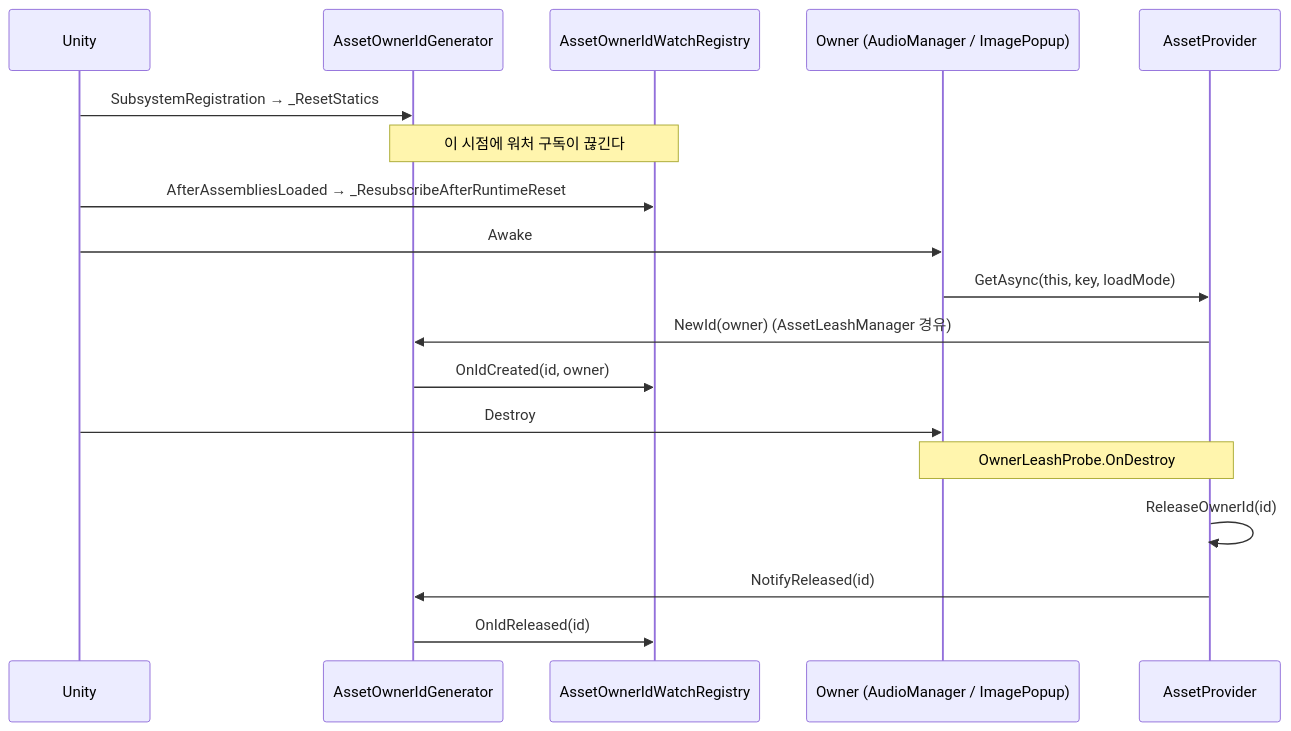
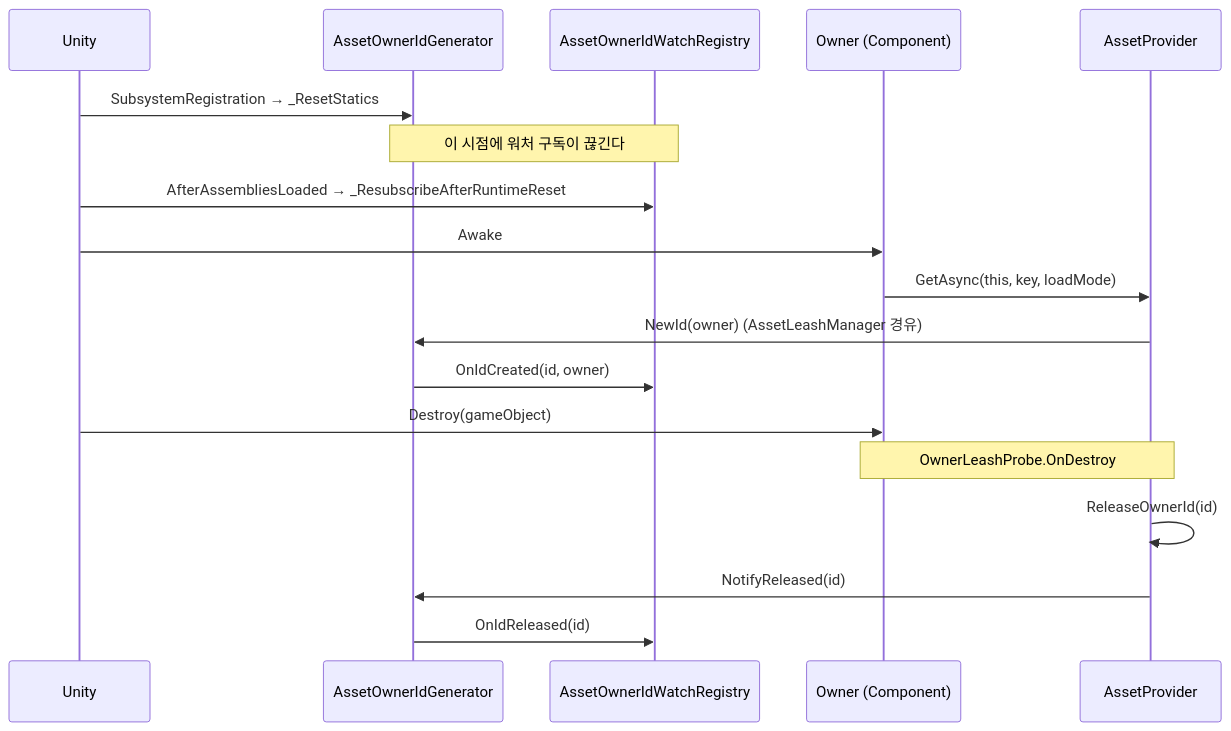
Before and after one commit to HoHong123/HCUP-Unity: the first of 2 diagrams in HResource/docs/Subscription.md, drawn with Mermaid. The commit also changed other lines of this file, not shown here.

````diff
--- a/HResource/docs/Subscription.md
+++ b/HResource/docs/Subscription.md
@@ -91,21 +77,21 @@
 ```mermaid
 sequenceDiagram
     participant U as Unity
     participant G as AssetOwnerIdGenerator
     participant W as AssetOwnerIdWatchRegistry
-    participant O as Owner (AudioManager / ImagePopup)
+    participant O as Owner (Component)
     participant P as AssetProvider
 
     U->>G: SubsystemRegistration → _ResetStatics
     Note over G,W: 이 시점에 워처 구독이 끊긴다
     U->>W: AfterAssembliesLoaded → _ResubscribeAfterRuntimeReset
     U->>O: Awake
     O->>P: GetAsync(this, key, loadMode)
     P->>G: NewId(owner)  (AssetLeashManager 경유)
     G->>W: OnIdCreated(id, owner)
-    U->>O: Destroy
+    U->>O: Destroy(gameObject)
     Note over O,P: OwnerLeashProbe.OnDestroy
     P->>P: ReleaseOwnerId(id)
     P->>G: NotifyReleased(id)
     G->>W: OnIdReleased(id)
 ```
````
